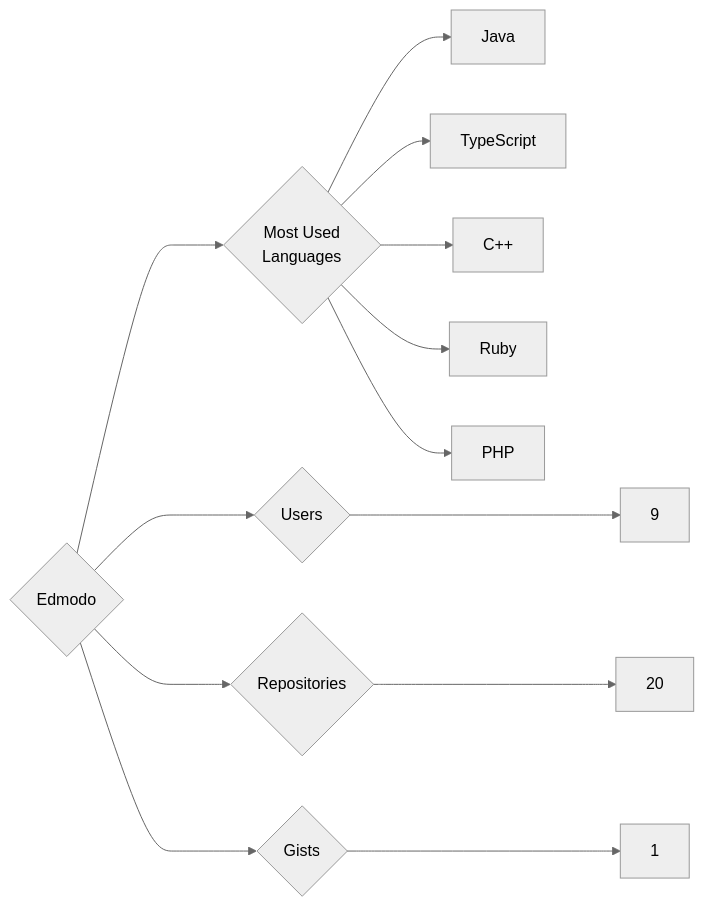
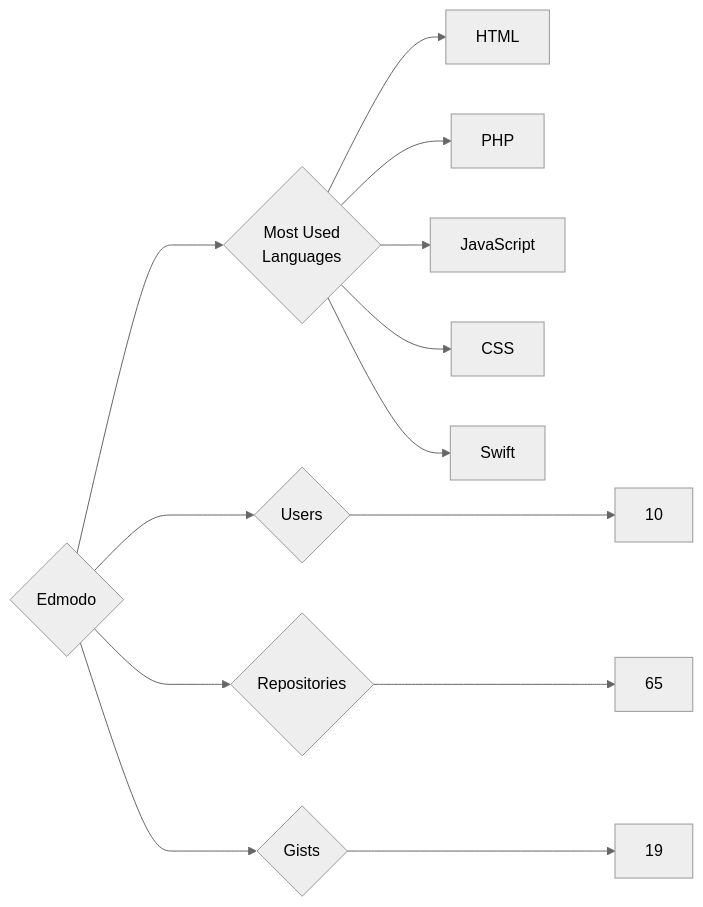
Before and after one commit to trickest/insiders: the diagram in targets/Edmodo/README.md, drawn with Mermaid (neutral theme). The commit also changed 1238 other files, not shown here.

````diff
--- a/targets/Edmodo/README.md
+++ b/targets/Edmodo/README.md
@@ -3,13 +3,13 @@
 ```mermaid
 graph LR
 COMPANY_NAME{Edmodo}
-COMPANY_NAME ---> U{Users} ---> UN[9]
-COMPANY_NAME ---> R{Repositories} ---> RN[20]
-COMPANY_NAME ---> G{Gists} ---> GN[1]
+COMPANY_NAME ---> U{Users} ---> UN[10]
+COMPANY_NAME ---> R{Repositories} ---> RN[65]
+COMPANY_NAME ---> G{Gists} ---> GN[19]
 COMPANY_NAME ---> ML{Most Used<br>Languages}
-ML --> Java[Java]
-ML --> TypeScript[TypeScript]
-ML --> C++[C++]
-ML --> Ruby[Ruby]
+ML --> HTML[HTML]
 ML --> PHP[PHP]
+ML --> JavaScript[JavaScript]
+ML --> CSS[CSS]
+ML --> Swift[Swift]
 ```
````
